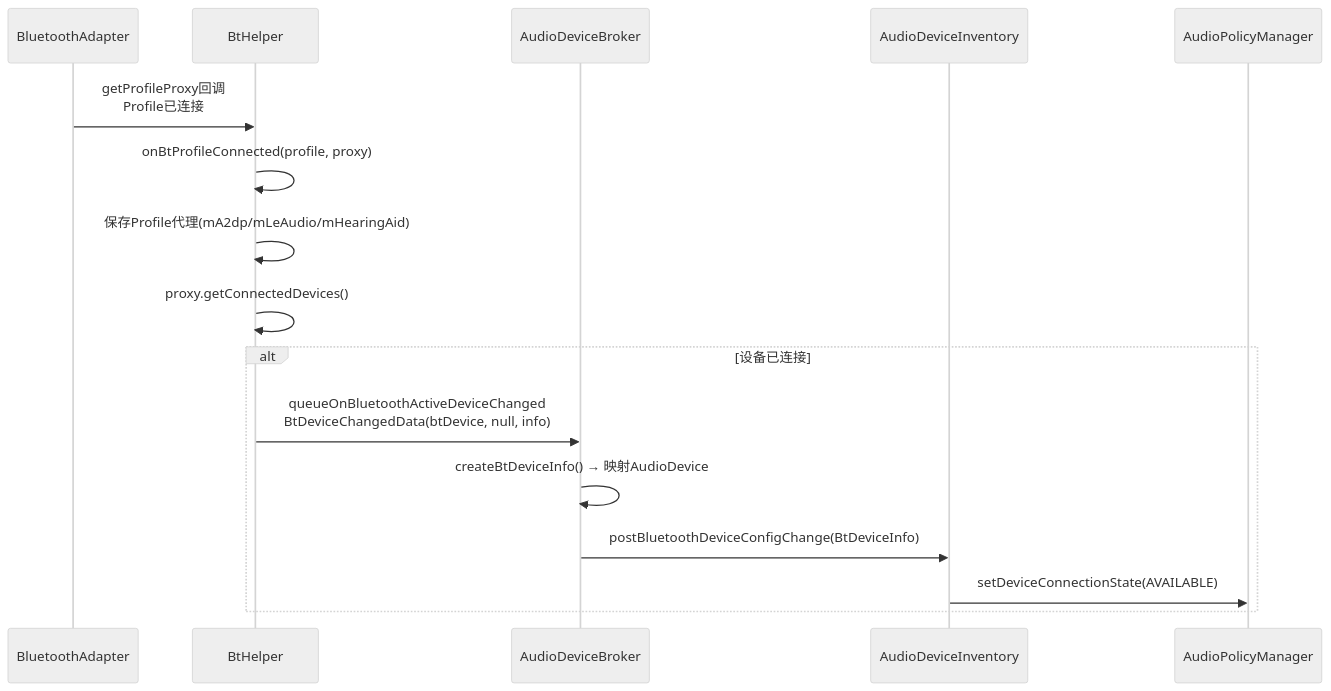
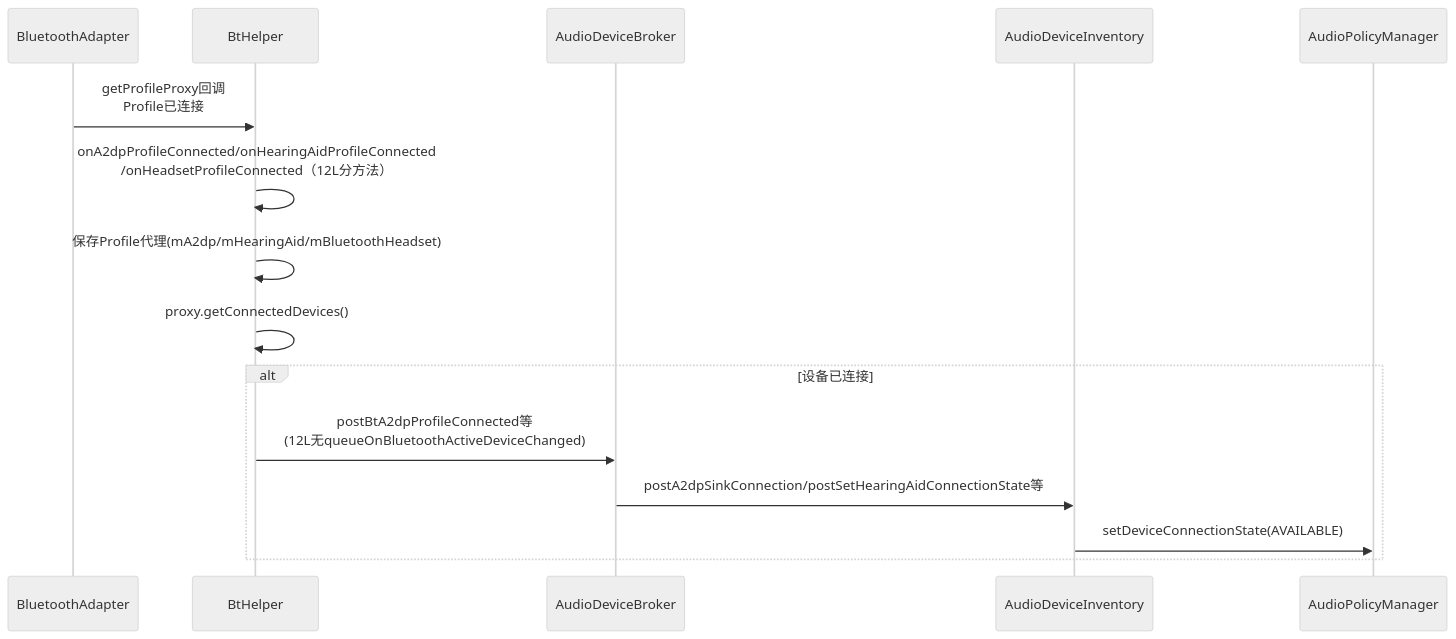
Before and after one commit to yanglinzhen1022/SA8295_AAOS_QNX_Audio_KnowledgeBase: the third of 5 diagrams in 14_Bluetooth_Audio/14_14.1_蓝牙音频协议总览.md, drawn with Mermaid (neutral theme). The commit also changed other lines of this file and 11 other files, not shown here.

````diff
--- a/14_Bluetooth_Audio/14_14.1_蓝牙音频协议总览.md
+++ b/14_Bluetooth_Audio/14_14.1_蓝牙音频协议总览.md
@@ -250,19 +167,18 @@
 ```mermaid
 sequenceDiagram
     participant Adapter as BluetoothAdapter
     participant BTH as BtHelper
     participant ADB as AudioDeviceBroker
     participant ADI as AudioDeviceInventory
     participant APM as AudioPolicyManager
 
     Adapter->>BTH: getProfileProxy回调<br>Profile已连接
-    BTH->>BTH: onBtProfileConnected(profile, proxy)
-    BTH->>BTH: 保存Profile代理(mA2dp/mLeAudio/mHearingAid)
+    BTH->>BTH: onA2dpProfileConnected/onHearingAidProfileConnected<br>/onHeadsetProfileConnected（12L分方法）
+    BTH->>BTH: 保存Profile代理(mA2dp/mHearingAid/mBluetoothHeadset)
     BTH->>BTH: proxy.getConnectedDevices()
     alt 设备已连接
-        BTH->>ADB: queueOnBluetoothActiveDeviceChanged<br>BtDeviceChangedData(btDevice, null, info)
-        ADB->>ADB: createBtDeviceInfo() → 映射AudioDevice
-        ADB->>ADI: postBluetoothDeviceConfigChange(BtDeviceInfo)
+        BTH->>ADB: postBtA2dpProfileConnected等<br>(12L无queueOnBluetoothActiveDeviceChanged)
+        ADB->>ADI: postA2dpSinkConnection/postSetHearingAidConnectionState等
         ADI->>APM: setDeviceConnectionState(AVAILABLE)
     end
 ```
````
